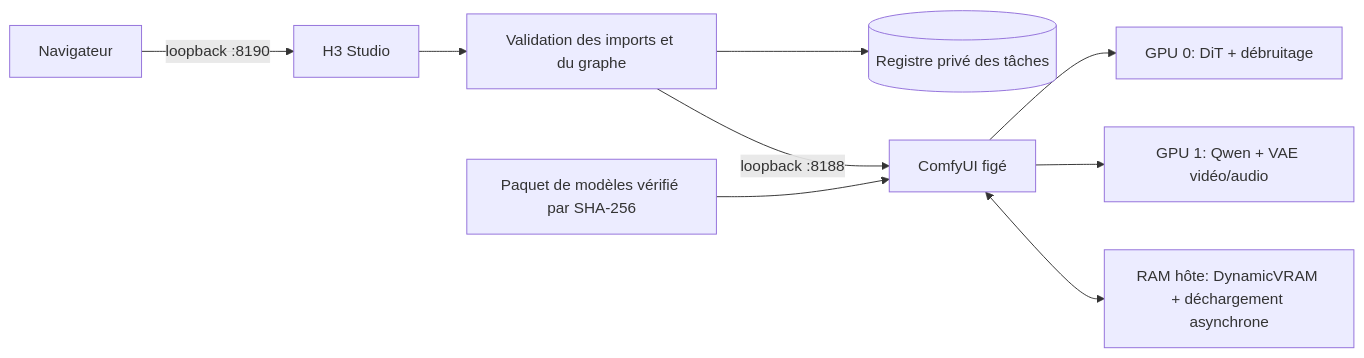
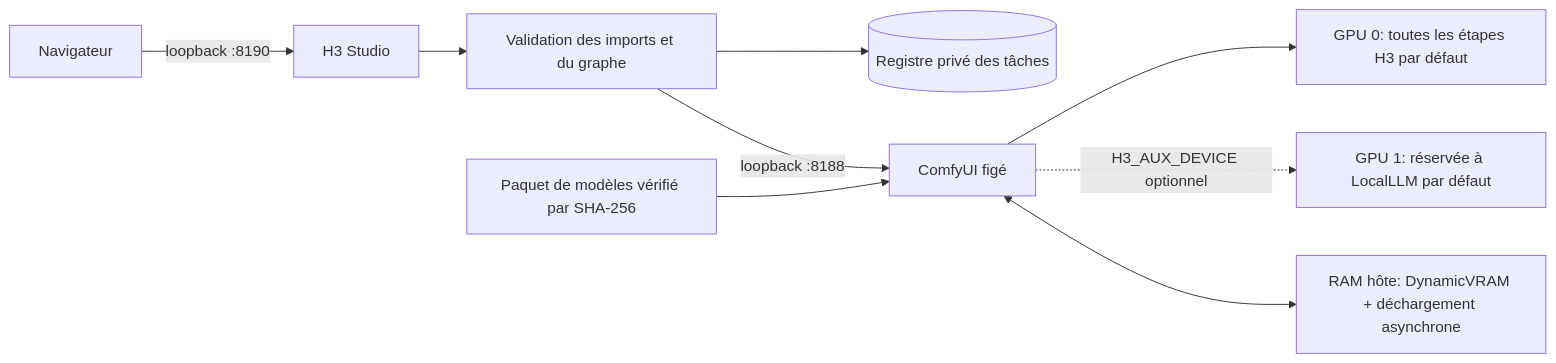
The diagram in i18n/README.fr.md (lachlanchen/LocalVideoGen), drawn with Mermaid before and after one commit. The commit also changed other lines of this file and 28 other files, not shown here.

````diff
--- a/i18n/README.fr.md
+++ b/i18n/README.fr.md
@@ -54,11 +56,12 @@
 ```mermaid
 flowchart LR
     B[Navigateur] -->|loopback :8190| S[H3 Studio]
     S --> V[Validation des imports et du graphe]
     V --> J[(Registre privé des tâches)]
     V -->|loopback :8188| C[ComfyUI figé]
-    C --> G0[GPU 0: DiT + débruitage]
-    C --> G1[GPU 1: Qwen + VAE vidéo/audio]
+    C --> G0[GPU 0: toutes les étapes H3 par défaut]
+    G1[GPU 1: réservée à LocalLLM par défaut]
+    C -. H3_AUX_DEVICE optionnel .-> G1
     C <--> R[RAM hôte: DynamicVRAM + déchargement asynchrone]
     M[Paquet de modèles vérifié par SHA-256] --> C
 ```
````
